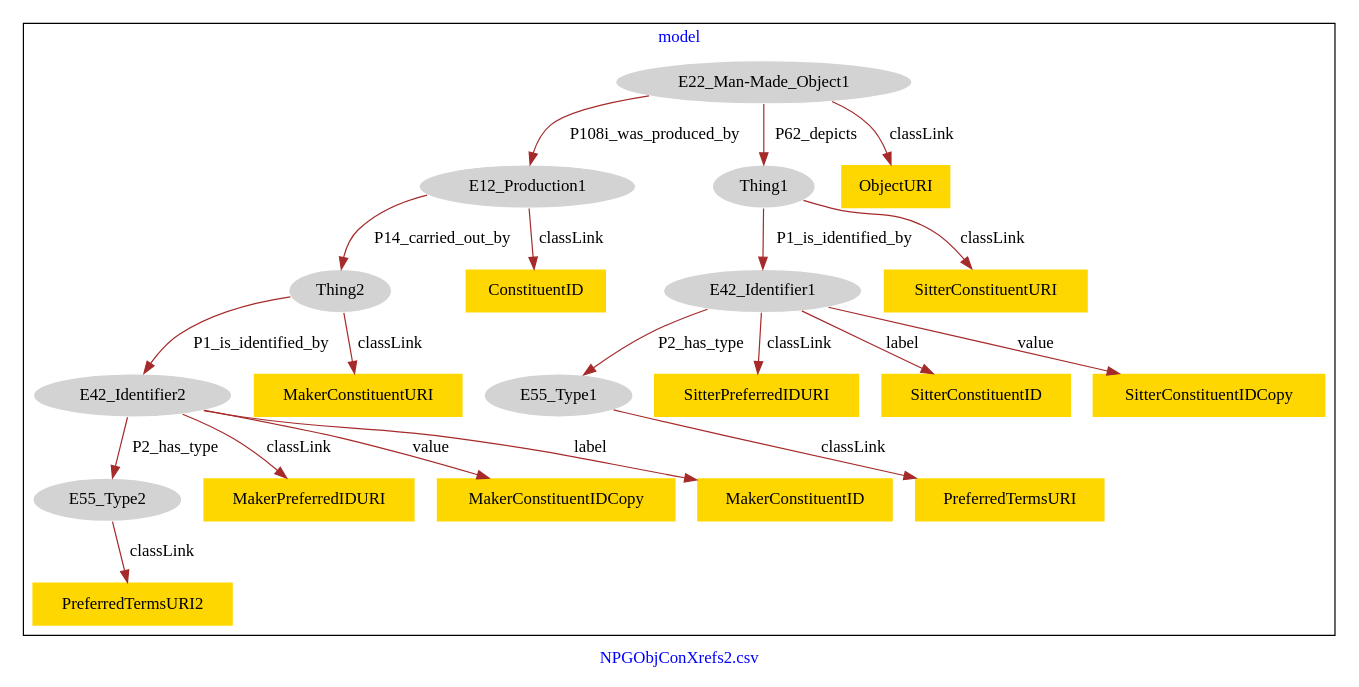
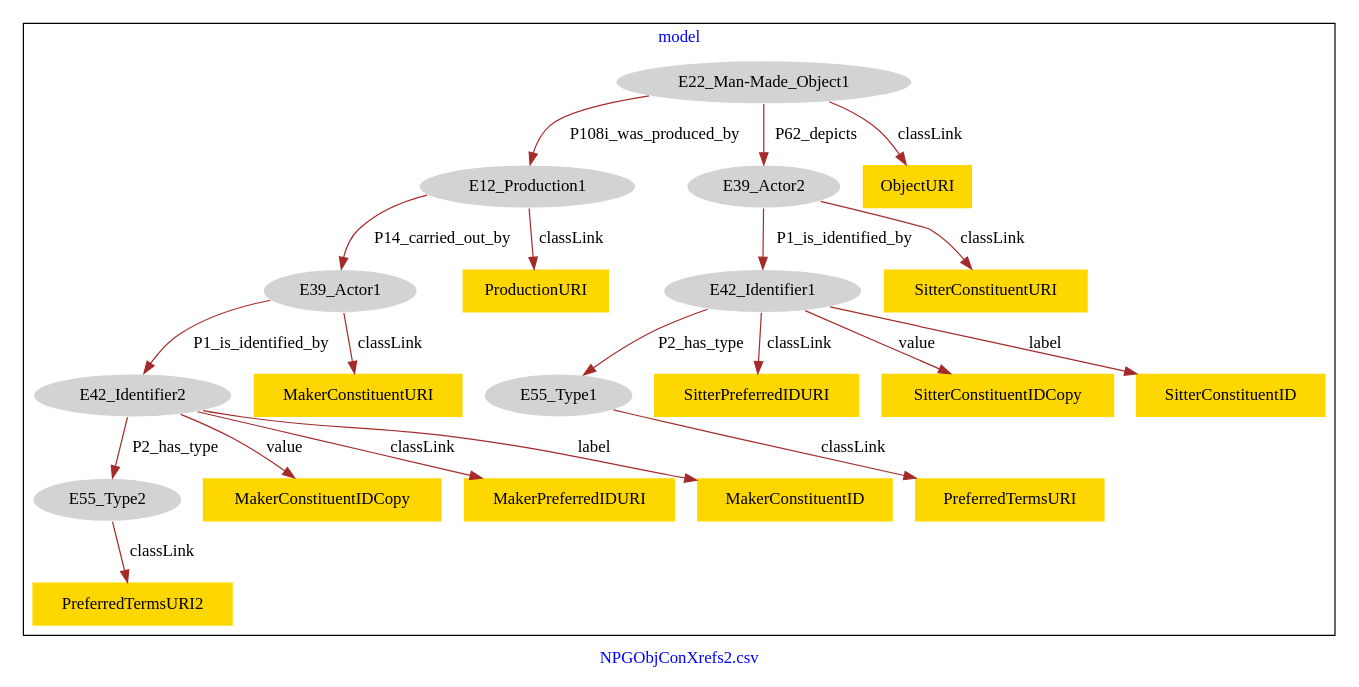
The diagram in NPGObjConXrefs/NPGObjConXrefs2-model.dot (american-art/npg), drawn with Graphviz before and after one commit.

Commit message:
Update file NPGObjConXrefs2-model.dot

```diff
--- a/NPGObjConXrefs/NPGObjConXrefs2-model.dot
+++ b/NPGObjConXrefs/NPGObjConXrefs2-model.dot
@@ -1,47 +1,47 @@
 digraph n0 {
 fontcolor="blue"
 remincross="true"
 label="NPGObjConXrefs2.csv"
 subgraph cluster {
 label="model"
 n2[style="filled",color="white",fillcolor="lightgray",label="E12_Production1"];
-n3[style="filled",color="white",fillcolor="lightgray",label="Thing2"];
+n3[style="filled",color="white",fillcolor="lightgray",label="E39_Actor1"];
 n4[style="filled",color="white",fillcolor="lightgray",label="E22_Man-Made_Object1"];
-n5[style="filled",color="white",fillcolor="lightgray",label="Thing1"];
-n6[style="filled",color="white",fillcolor="lightgray",label="E42_Identifier1"];
-n7[style="filled",color="white",fillcolor="lightgray",label="E55_Type1"];
-n8[style="filled",color="white",fillcolor="lightgray",label="E42_Identifier2"];
+n5[style="filled",color="white",fillcolor="lightgray",label="E39_Actor2"];
+n6[style="filled",color="white",fillcolor="lightgray",label="E42_Identifier2"];
+n7[style="filled",color="white",fillcolor="lightgray",label="E42_Identifier1"];
+n8[style="filled",color="white",fillcolor="lightgray",label="E55_Type1"];
 n9[style="filled",color="white",fillcolor="lightgray",label="E55_Type2"];
 n10[shape="plaintext",style="filled",fillcolor="gold",label="PreferredTermsURI2"];
-n11[shape="plaintext",style="filled",fillcolor="gold",label="MakerConstituentURI"];
+n11[shape="plaintext",style="filled",fillcolor="gold",label="MakerConstituentIDCopy"];
 n12[shape="plaintext",style="filled",fillcolor="gold",label="PreferredTermsURI"];
-n13[shape="plaintext",style="filled",fillcolor="gold",label="ObjectURI"];
-n14[shape="plaintext",style="filled",fillcolor="gold",label="SitterConstituentURI"];
+n13[shape="plaintext",style="filled",fillcolor="gold",label="SitterConstituentURI"];
+n14[shape="plaintext",style="filled",fillcolor="gold",label="SitterPreferredIDURI"];
 n15[shape="plaintext",style="filled",fillcolor="gold",label="MakerPreferredIDURI"];
-n16[shape="plaintext",style="filled",fillcolor="gold",label="SitterPreferredIDURI"];
-n17[shape="plaintext",style="filled",fillcolor="gold",label="SitterConstituentID"];
-n18[shape="plaintext",style="filled",fillcolor="gold",label="MakerConstituentIDCopy"];
-n19[shape="plaintext",style="filled",fillcolor="gold",label="SitterConstituentIDCopy"];
-n20[shape="plaintext",style="filled",fillcolor="gold",label="ConstituentID"];
-n21[shape="plaintext",style="filled",fillcolor="gold",label="MakerConstituentID"];
+n16[shape="plaintext",style="filled",fillcolor="gold",label="MakerConstituentID"];
+n17[shape="plaintext",style="filled",fillcolor="gold",label="SitterConstituentIDCopy"];
+n18[shape="plaintext",style="filled",fillcolor="gold",label="ObjectURI"];
+n19[shape="plaintext",style="filled",fillcolor="gold",label="ProductionURI"];
+n20[shape="plaintext",style="filled",fillcolor="gold",label="SitterConstituentID"];
+n21[shape="plaintext",style="filled",fillcolor="gold",label="MakerConstituentURI"];
 }
 n2 -> n3[color="brown",fontcolor="black",label="P14_carried_out_by"]
 n4 -> n2[color="brown",fontcolor="black",label="P108i_was_produced_by"]
 n4 -> n5[color="brown",fontcolor="black",label="P62_depicts"]
-n6 -> n7[color="brown",fontcolor="black",label="P2_has_type"]
-n8 -> n9[color="brown",fontcolor="black",label="P2_has_type"]
-n5 -> n6[color="brown",fontcolor="black",label="P1_is_identified_by"]
-n3 -> n8[color="brown",fontcolor="black",label="P1_is_identified_by"]
+n3 -> n6[color="brown",fontcolor="black",label="P1_is_identified_by"]
+n5 -> n7[color="brown",fontcolor="black",label="P1_is_identified_by"]
+n7 -> n8[color="brown",fontcolor="black",label="P2_has_type"]
+n6 -> n9[color="brown",fontcolor="black",label="P2_has_type"]
 n9 -> n10[color="brown",fontcolor="black",label="classLink"]
-n3 -> n11[color="brown",fontcolor="black",label="classLink"]
-n7 -> n12[color="brown",fontcolor="black",label="classLink"]
-n4 -> n13[color="brown",fontcolor="black",label="classLink"]
-n5 -> n14[color="brown",fontcolor="black",label="classLink"]
-n8 -> n15[color="brown",fontcolor="black",label="classLink"]
-n6 -> n16[color="brown",fontcolor="black",label="classLink"]
-n6 -> n17[color="brown",fontcolor="black",label="label"]
-n8 -> n18[color="brown",fontcolor="black",label="value"]
-n6 -> n19[color="brown",fontcolor="black",label="value"]
-n2 -> n20[color="brown",fontcolor="black",label="classLink"]
-n8 -> n21[color="brown",fontcolor="black",label="label"]
+n6 -> n11[color="brown",fontcolor="black",label="value"]
+n8 -> n12[color="brown",fontcolor="black",label="classLink"]
+n5 -> n13[color="brown",fontcolor="black",label="classLink"]
+n7 -> n14[color="brown",fontcolor="black",label="classLink"]
+n6 -> n15[color="brown",fontcolor="black",label="classLink"]
+n6 -> n16[color="brown",fontcolor="black",label="label"]
+n7 -> n17[color="brown",fontcolor="black",label="value"]
+n4 -> n18[color="brown",fontcolor="black",label="classLink"]
+n2 -> n19[color="brown",fontcolor="black",label="classLink"]
+n7 -> n20[color="brown",fontcolor="black",label="label"]
+n3 -> n21[color="brown",fontcolor="black",label="classLink"]
 }
```
